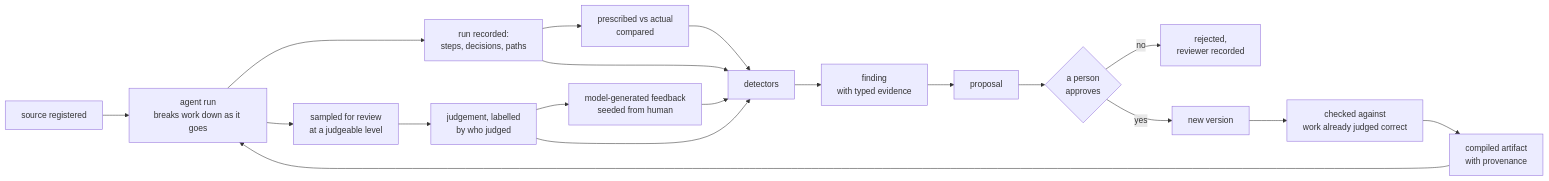
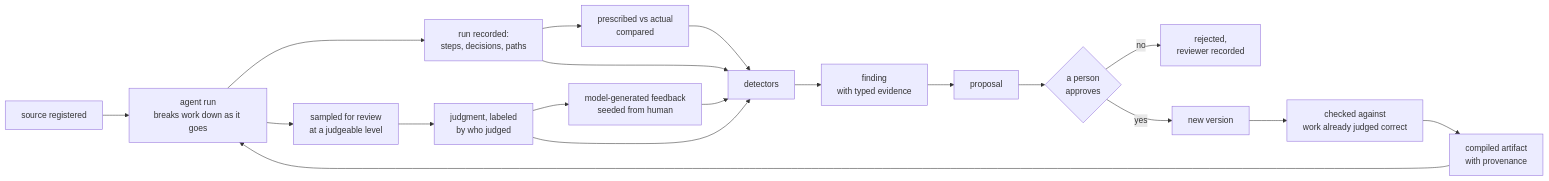
Before and after one commit to fblissjr/freudagent: the diagram in docs/data-flywheel.md, drawn with Mermaid. The commit also changed other lines of this file and 8 other files, not shown here.

````diff
--- a/docs/data-flywheel.md
+++ b/docs/data-flywheel.md
@@ -519,21 +519,21 @@
 ```mermaid
 flowchart LR
   S["source registered"] --> A["agent run<br/>breaks work down as it goes"]
   A --> B["run recorded:<br/>steps, decisions, paths"]
   A --> H["sampled for review<br/>at a judgeable level"]
-  H --> C["judgement, labelled<br/>by who judged"]
+  H --> C["judgment, labeled<br/>by who judged"]
   C --> M["model-generated feedback<br/>seeded from human"]
   B --> P["prescribed vs actual<br/>compared"]
   B --> D["detectors"]
   C --> D
   M --> D
   P --> D
   D --> E["finding<br/>with typed evidence"]
   E --> F["proposal"]
   F --> G{"a person<br/>approves"}
   G -->|"no"| X["rejected,<br/>reviewer recorded"]
   G -->|"yes"| I["new version"]
   I --> V["checked against<br/>work already judged correct"]
   V --> J["compiled artifact<br/>with provenance"]
   J --> A
 ```
````
